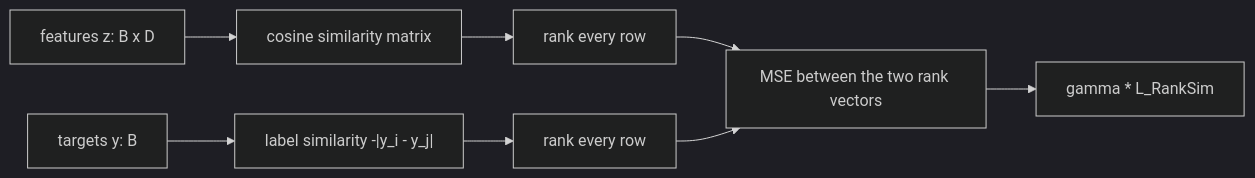
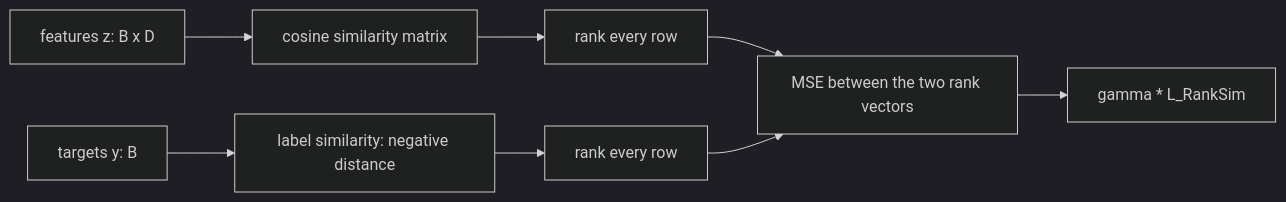
The first of 2 diagrams in docs/losses/rank_sim.md (astroai/torchregress), drawn with Mermaid (dark theme) before and after one commit. The commit also changed 3 other files, not shown here.

````diff
--- a/docs/losses/rank_sim.md
+++ b/docs/losses/rank_sim.md
@@ -16,10 +16,10 @@
 ```mermaid
 graph LR
     A["features z: B x D"] --> B["cosine similarity matrix"]
-    C["targets y: B"] --> D["label similarity -|y_i - y_j|"]
+    C["targets y: B"] --> D["label similarity: negative distance"]
     B --> E["rank every row"]
     D --> F["rank every row"]
     E --> G["MSE between the two rank vectors"]
     F --> G
     G --> H["gamma * L_RankSim"]
 ```
````
